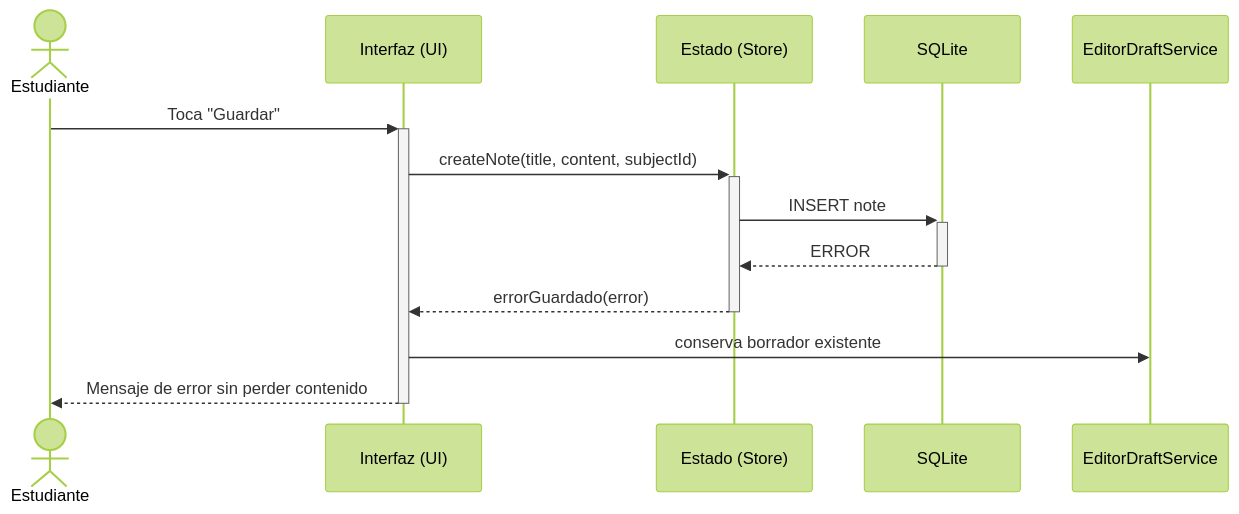
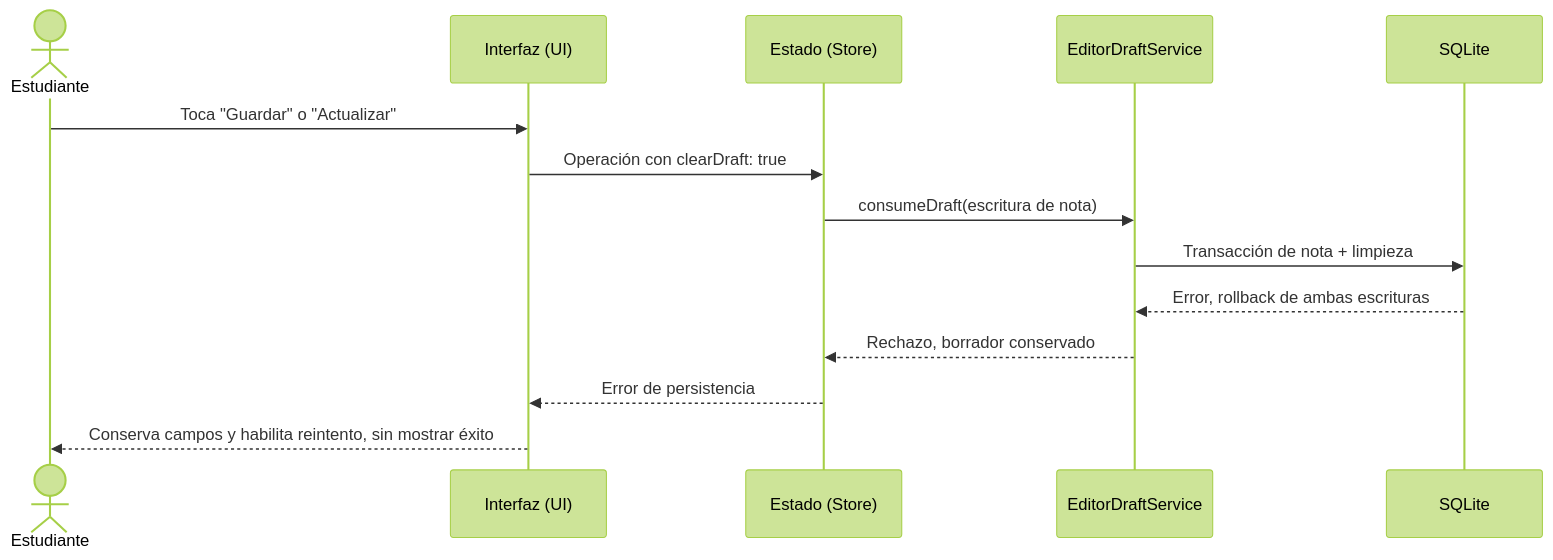
The fifth of 5 diagrams in docs/diagramas/secuencia-crear-nota.md (jdfesa/lumapse), drawn with Mermaid (forest theme) before and after one commit. The commit also changed other lines of this file and 14 other files, not shown here.

````diff
--- a/docs/diagramas/secuencia-crear-nota.md
+++ b/docs/diagramas/secuencia-crear-nota.md
@@ -148,16 +166,17 @@
 ```mermaid
 sequenceDiagram
     actor EST as Estudiante
     participant UI as Interfaz (UI)
     participant STORE as Estado (Store)
+    participant DRAFT as EditorDraftService
     participant DB as SQLite
-    participant DRAFT as EditorDraftService
 
-    EST ->>+ UI: Toca "Guardar"
-    UI ->>+ STORE: createNote(title, content, subjectId)
-    STORE ->>+ DB: INSERT note
-    DB -->>- STORE: ERROR
-    STORE -->>- UI: errorGuardado(error)
-    UI ->> DRAFT: conserva borrador existente
-    UI -->>- EST: Mensaje de error sin perder contenido
+    EST ->> UI: Toca "Guardar" o "Actualizar"
+    UI ->> STORE: Operación con clearDraft: true
+    STORE ->> DRAFT: consumeDraft(escritura de nota)
+    DRAFT ->> DB: Transacción de nota + limpieza
+    DB -->> DRAFT: Error, rollback de ambas escrituras
+    DRAFT -->> STORE: Rechazo, borrador conservado
+    STORE -->> UI: Error de persistencia
+    UI -->> EST: Conserva campos y habilita reintento, sin mostrar éxito
 ```
````
